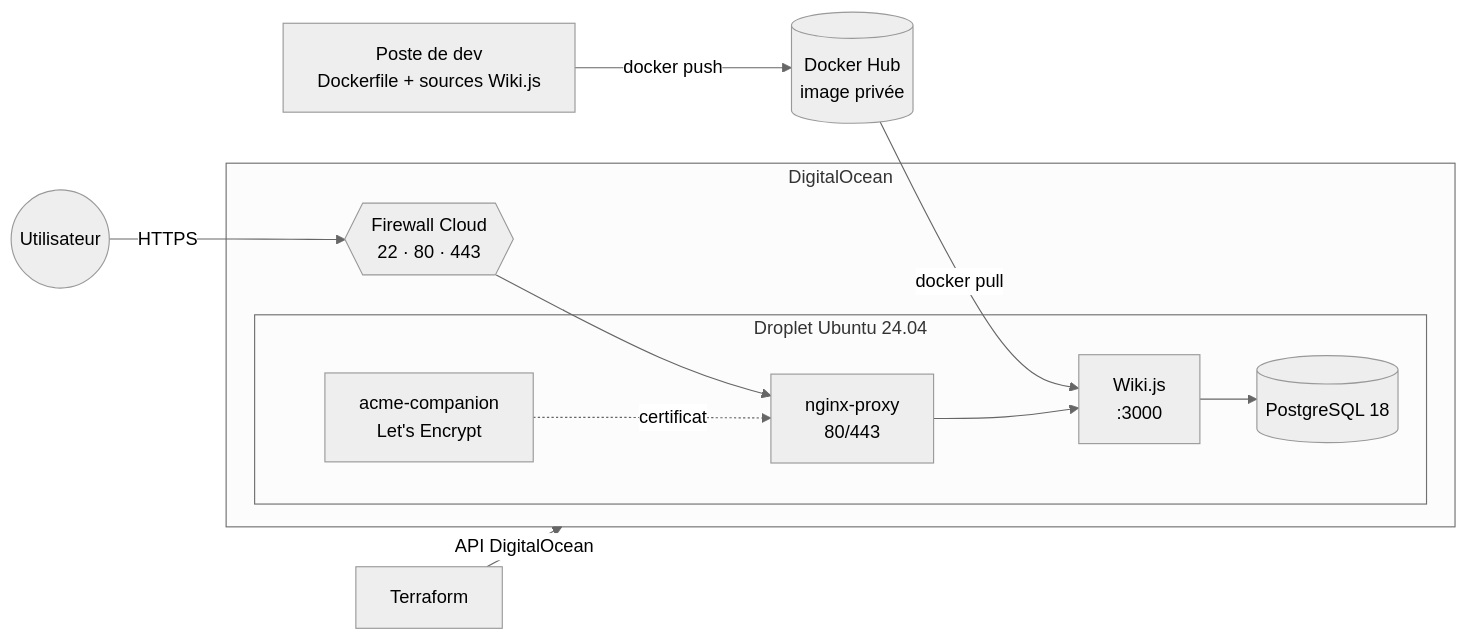
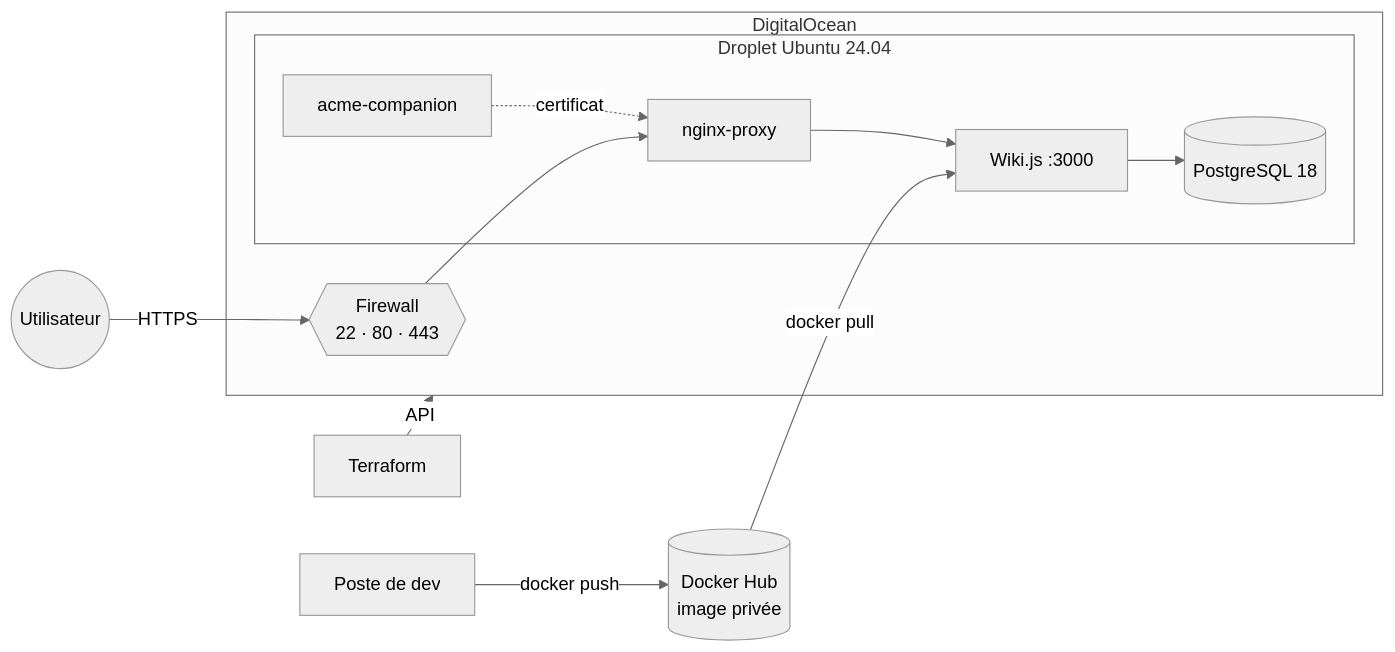
Before and after one commit to Spartqent01/wikyu: the diagram in README.md, drawn with Mermaid (neutral theme). The commit also changed other lines of this file and 6 other files, not shown here.

````diff
--- a/README.md
+++ b/README.md
@@ -21,24 +5,16 @@
 ```mermaid
 flowchart LR
-    dev["Poste de dev<br/>Dockerfile + sources Wiki.js"]
-    hub[("Docker Hub<br/>image privée")]
-    tf["Terraform"]
+    dev["Poste de dev"] -- "docker push" --> hub[("Docker Hub<br/>image privée")]
+    tf["Terraform"] -- "API" --> do
 
     subgraph do["DigitalOcean"]
-        fw{{"Firewall Cloud<br/>22 · 80 · 443"}}
+        fw{{"Firewall<br/>22 · 80 · 443"}}
         subgraph vm["Droplet Ubuntu 24.04"]
-            proxy["nginx-proxy<br/>80/443"]
-            acme["acme-companion<br/>Let's Encrypt"]
-            wiki["Wiki.js<br/>:3000"]
-            db[("PostgreSQL 18")]
+            proxy["nginx-proxy"] --> wiki["Wiki.js :3000"] --> db[("PostgreSQL 18")]
+            acme["acme-companion"] -. "certificat" .-> proxy
         end
     end
 
-    user(("Utilisateur"))
-
-    dev -- "docker push" --> hub
+    user(("Utilisateur")) -- "HTTPS" --> fw --> proxy
     hub -- "docker pull" --> wiki
-    tf -- "API DigitalOcean" --> do
-    user -- "HTTPS" --> fw --> proxy --> wiki --> db
-    acme -. "certificat" .-> proxy
 ```
````
